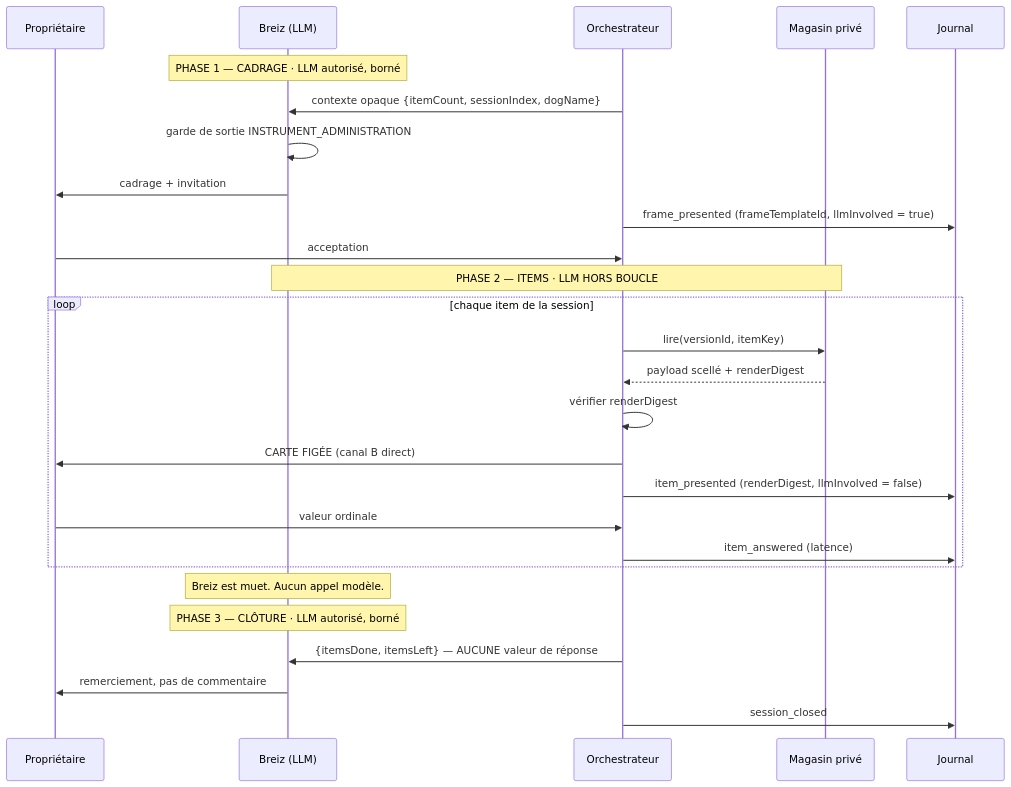
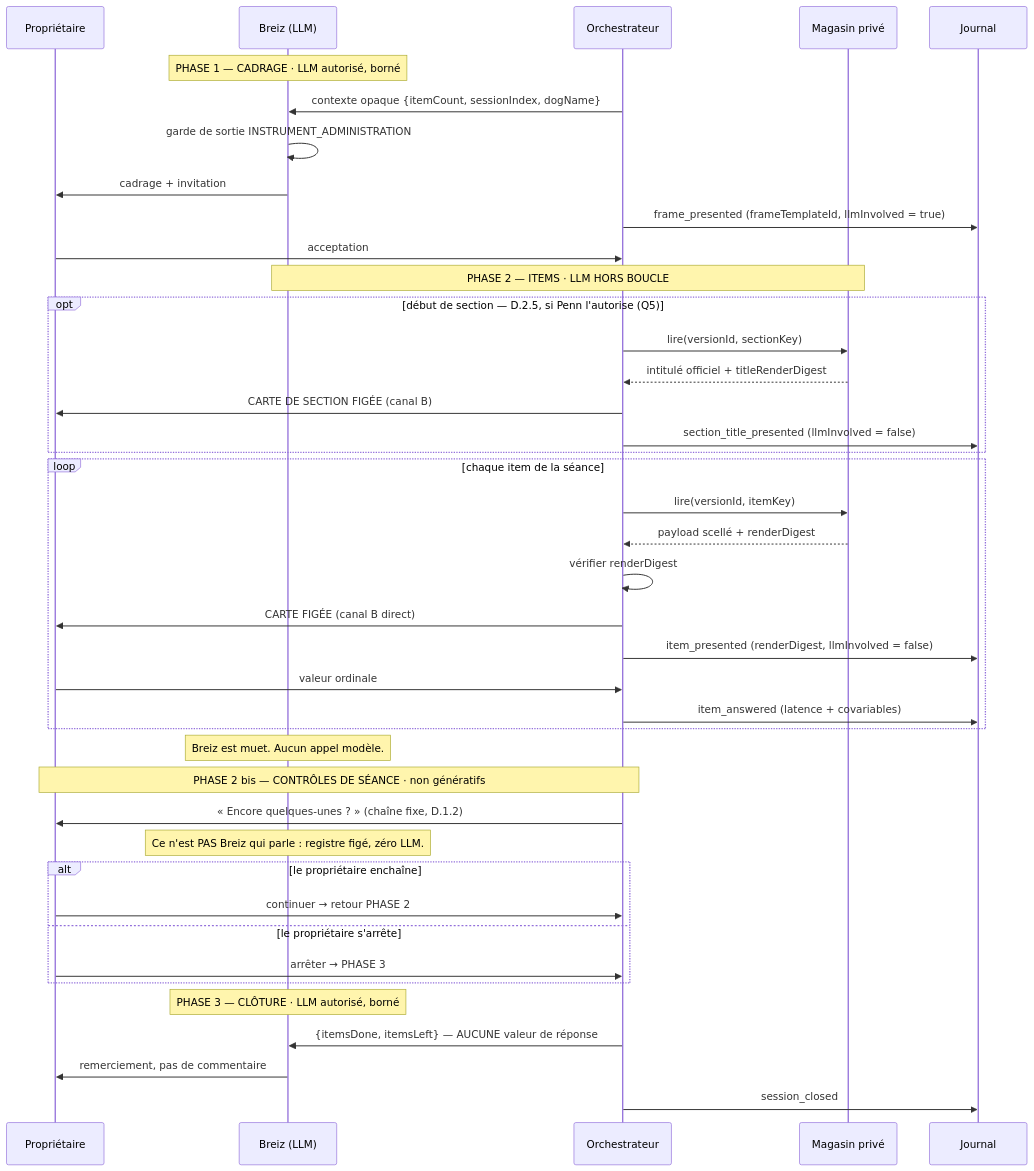
One commit to CedricxM/EMOPET changed the fourth of 5 diagrams in docs/research/cbarq-breiz-integration.md. Above: the diagram before and after it, drawn with Mermaid. The commit also changed other lines of this file and 1 other file, not shown here.

````diff
--- a/docs/research/cbarq-breiz-integration.md
+++ b/docs/research/cbarq-breiz-integration.md
@@ -558,32 +1020,47 @@
 ```mermaid
 sequenceDiagram
     participant P as Propriétaire
     participant B as Breiz (LLM)
     participant O as Orchestrateur
     participant S as Magasin privé
     participant J as Journal
 
     Note over B: PHASE 1 — CADRAGE · LLM autorisé, borné
     O->>B: contexte opaque {itemCount, sessionIndex, dogName}
     B->>B: garde de sortie INSTRUMENT_ADMINISTRATION
     B->>P: cadrage + invitation
     O->>J: frame_presented (frameTemplateId, llmInvolved = true)
     P->>O: acceptation
 
     Note over B,S: PHASE 2 — ITEMS · LLM HORS BOUCLE
-    loop chaque item de la session
+    opt début de section — D.2.5, si Penn l'autorise (Q5)
+        O->>S: lire(versionId, sectionKey)
+        S-->>O: intitulé officiel + titleRenderDigest
+        O->>P: CARTE DE SECTION FIGÉE (canal B)
+        O->>J: section_title_presented (llmInvolved = false)
+    end
+    loop chaque item de la séance
         O->>S: lire(versionId, itemKey)
         S-->>O: payload scellé + renderDigest
         O->>O: vérifier renderDigest
         O->>P: CARTE FIGÉE (canal B direct)
         O->>J: item_presented (renderDigest, llmInvolved = false)
         P->>O: valeur ordinale
-        O->>J: item_answered (latence)
+        O->>J: item_answered (latence + covariables)
     end
     Note over B: Breiz est muet. Aucun appel modèle.
+
+    Note over O,P: PHASE 2 bis — CONTRÔLES DE SÉANCE · non génératifs
+    O->>P: « Encore quelques-unes ? » (chaîne fixe, D.1.2)
+    Note over B: Ce n'est PAS Breiz qui parle : registre figé, zéro LLM.
+    alt le propriétaire enchaîne
+        P->>O: continuer → retour PHASE 2
+    else le propriétaire s'arrête
+        P->>O: arrêter → PHASE 3
+    end
 
     Note over B: PHASE 3 — CLÔTURE · LLM autorisé, borné
     O->>B: {itemsDone, itemsLeft} — AUCUNE valeur de réponse
     B->>P: remerciement, pas de commentaire
     O->>J: session_closed
 ```
````
